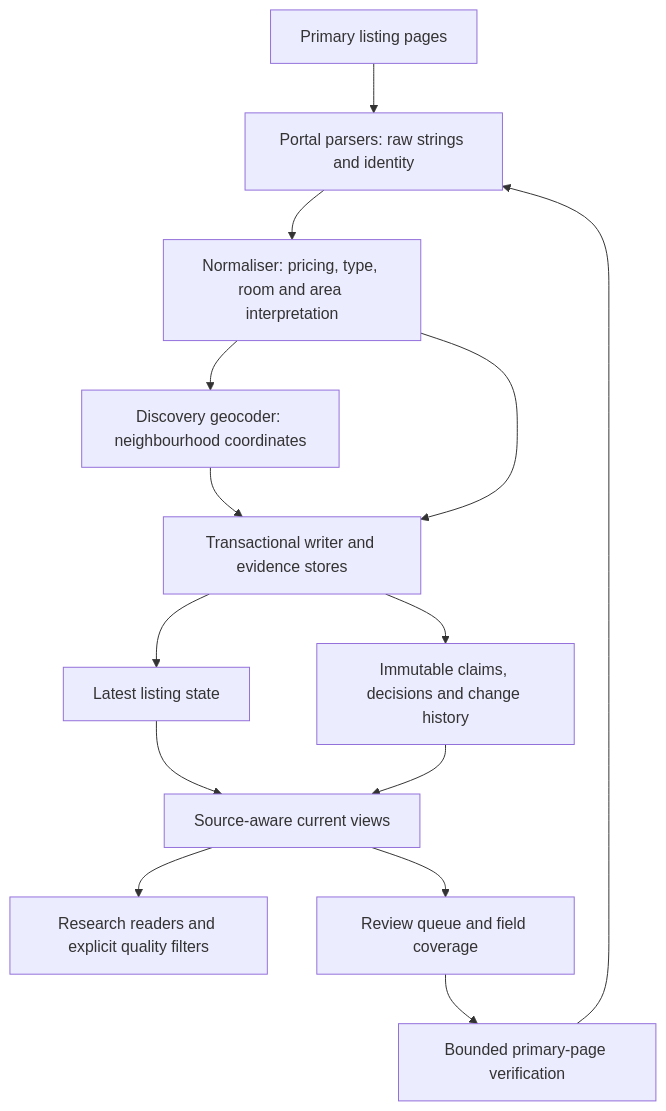
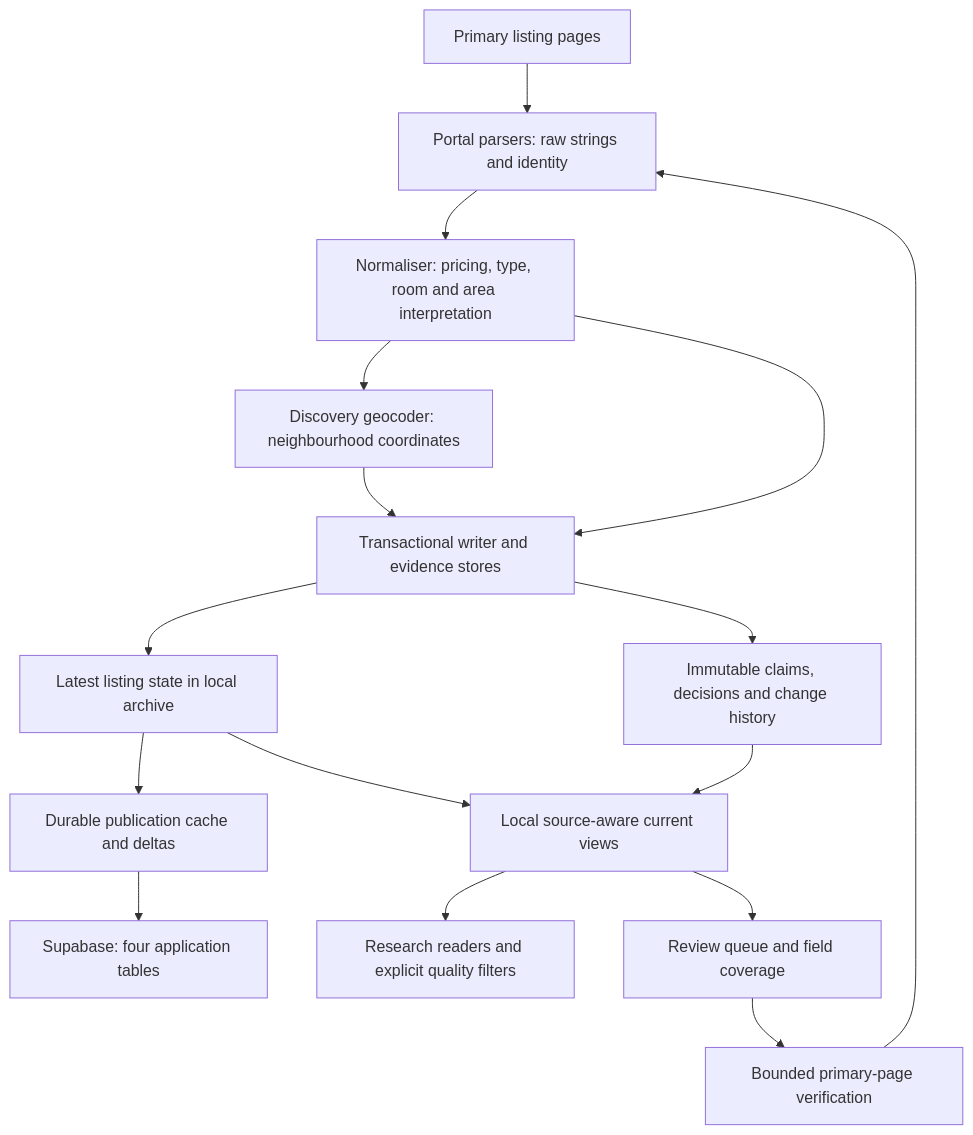
One commit to islajr/property-scraper changed the diagram in ARCHITECTURE.md. Above: the diagram before and after it, drawn with Mermaid. The commit also changed other lines of this file and 5 other files, not shown here.

````diff
--- a/ARCHITECTURE.md
+++ b/ARCHITECTURE.md
@@ -16,16 +17,18 @@
 ```mermaid
 flowchart TD
     P[Primary listing pages] --> R[Portal parsers: raw strings and identity]
     R --> N[Normaliser: pricing, type, room and area interpretation]
     N --> G[Discovery geocoder: neighbourhood coordinates]
     G --> W[Transactional writer and evidence stores]
     N --> W
-    W --> S[Latest listing state]
+    W --> S[Latest listing state in local archive]
     W --> A[Immutable claims, decisions and change history]
-    S --> V[Source-aware current views]
+    S --> PUB[Durable publication cache and deltas]
+    PUB --> CLOUD[Supabase: four application tables]
+    S --> V[Local source-aware current views]
     A --> V
     V --> C[Research readers and explicit quality filters]
     V --> Q[Review queue and field coverage]
     Q --> O[Bounded primary-page verification]
     O --> R
 ```
````
